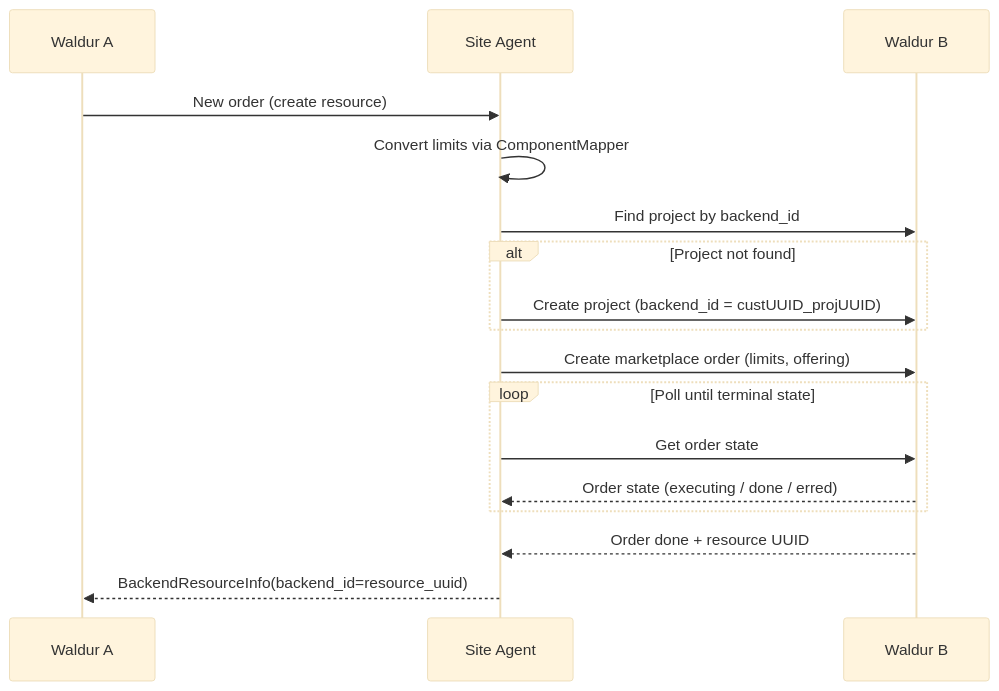
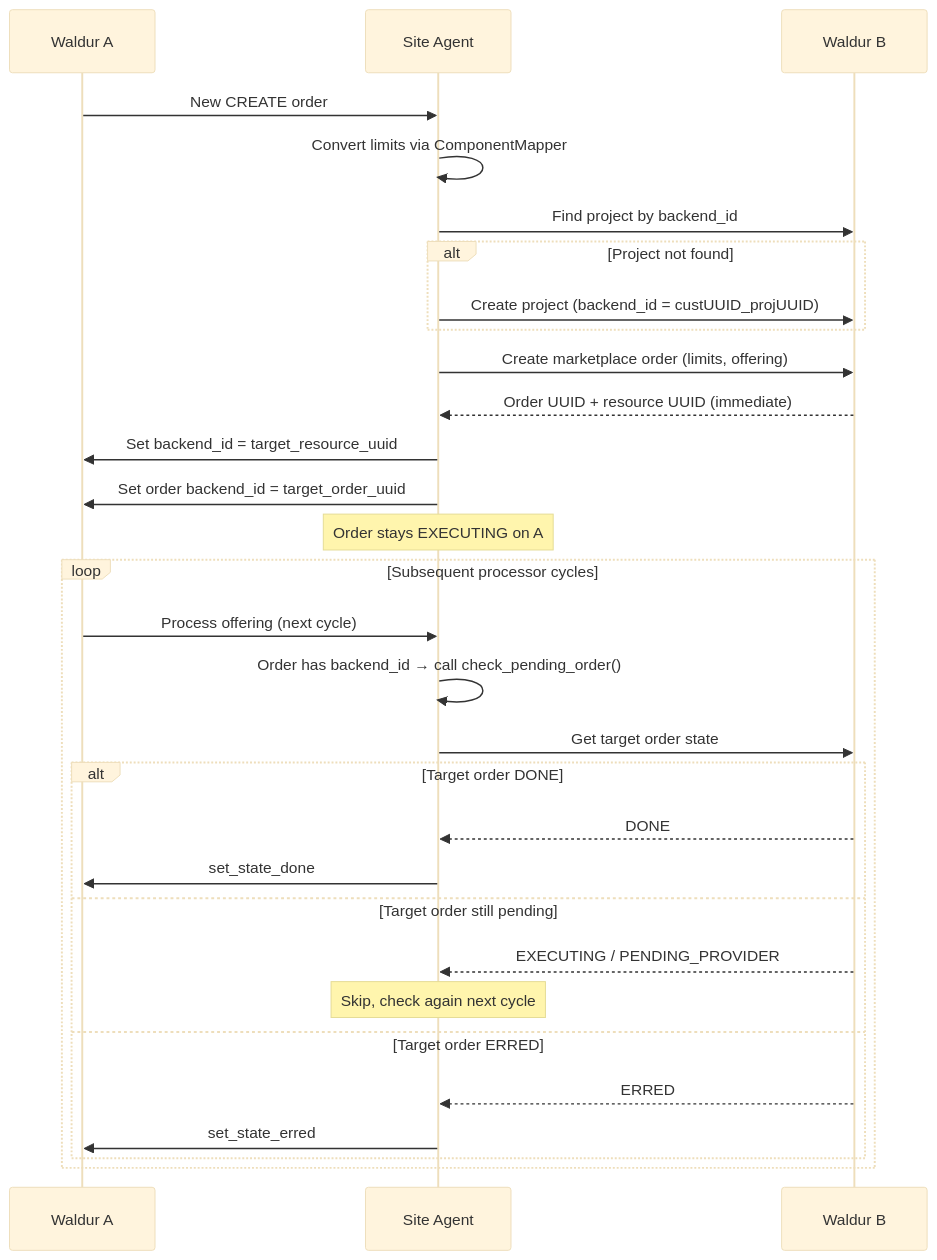
The third of 10 diagrams in plugins/waldur/README.md (waldur/waldur-site-agent), drawn with Mermaid (base theme) before and after one commit. The commit also changed other lines of this file and 20 other files, not shown here.

````diff
--- a/plugins/waldur/README.md
+++ b/plugins/waldur/README.md
@@ -117,20 +125,34 @@
 ```mermaid
 sequenceDiagram
     participant A as Waldur A
     participant SA as Site Agent
     participant B as Waldur B
 
-    A->>SA: New order (create resource)
+    A->>SA: New CREATE order
     SA->>SA: Convert limits via ComponentMapper
     SA->>B: Find project by backend_id
     alt Project not found
         SA->>B: Create project (backend_id = custUUID_projUUID)
     end
     SA->>B: Create marketplace order (limits, offering)
-    loop Poll until terminal state
-        SA->>B: Get order state
-        B-->>SA: Order state (executing / done / erred)
+    B-->>SA: Order UUID + resource UUID (immediate)
+    SA->>A: Set backend_id = target_resource_uuid
+    SA->>A: Set order backend_id = target_order_uuid
+    Note over SA: Order stays EXECUTING on A
+
+    loop Subsequent processor cycles
+        A->>SA: Process offering (next cycle)
+        SA->>SA: Order has backend_id → call check_pending_order()
+        SA->>B: Get target order state
+        alt Target order DONE
+            B-->>SA: DONE
+            SA->>A: set_state_done
+        else Target order still pending
+            B-->>SA: EXECUTING / PENDING_PROVIDER
+            Note over SA: Skip, check again next cycle
+        else Target order ERRED
+            B-->>SA: ERRED
+            SA->>A: set_state_erred
+        end
     end
-    B-->>SA: Order done + resource UUID
-    SA-->>A: BackendResourceInfo(backend_id=resource_uuid)
 ```
````
